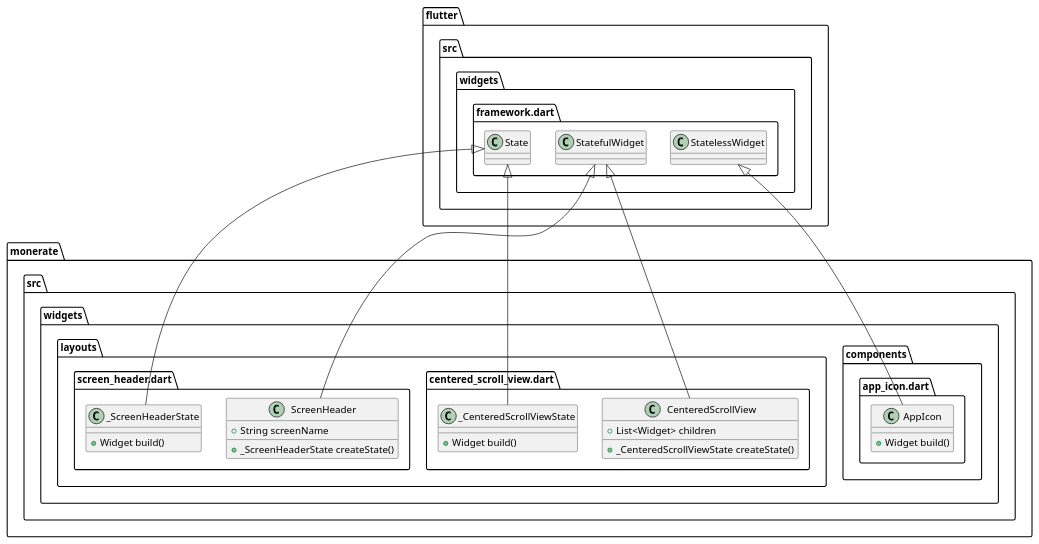
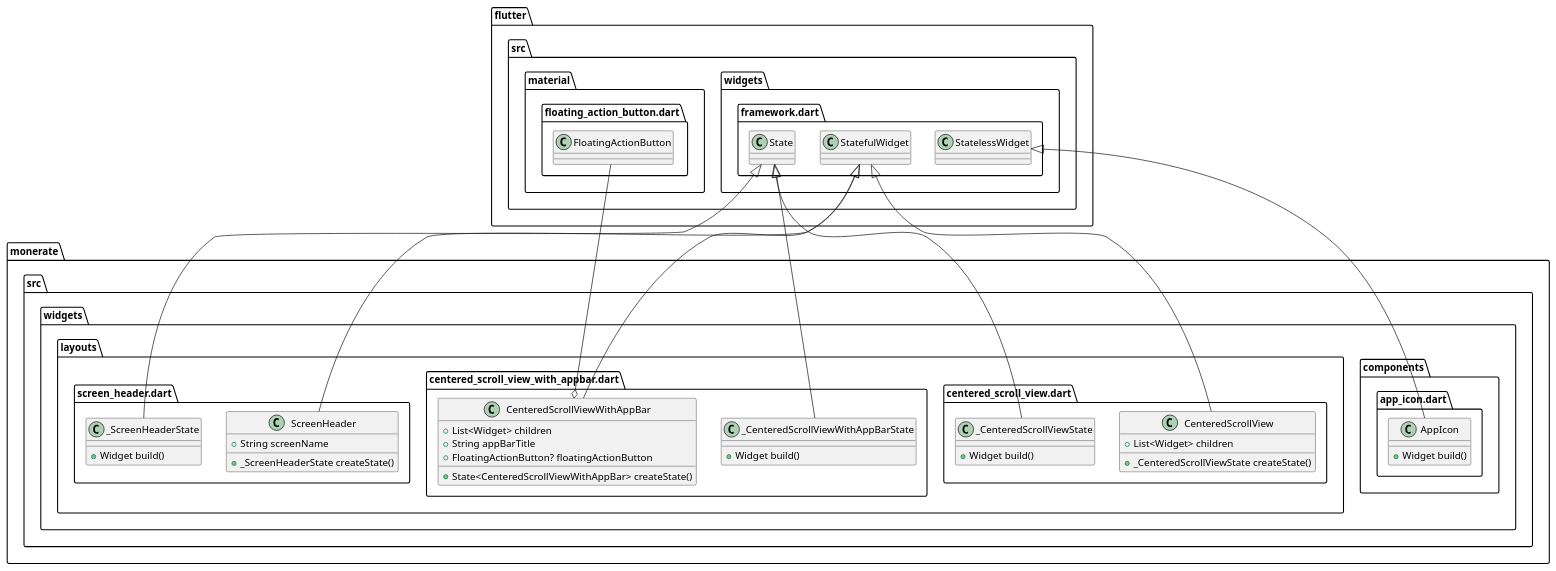
The diagram in uml/widgets.puml (k5924/Monerate), drawn with PlantUML before and after one commit. The commit also changed 8 other files, not shown here.

Commit message:
UML Diagrams

```diff
--- a/uml/widgets.puml
+++ b/uml/widgets.puml
@@ -1,37 +1,53 @@
 @startuml
 set namespaceSeparator ::
 
 class "monerate::src::widgets::components::app_icon.dart::AppIcon" {
   +Widget build()
 }
 
 "flutter::src::widgets::framework.dart::StatelessWidget" <|-- "monerate::src::widgets::components::app_icon.dart::AppIcon"
 
 class "monerate::src::widgets::layouts::centered_scroll_view.dart::CenteredScrollView" {
   +List<Widget> children
   +_CenteredScrollViewState createState()
 }
 
 "flutter::src::widgets::framework.dart::StatefulWidget" <|-- "monerate::src::widgets::layouts::centered_scroll_view.dart::CenteredScrollView"
 
 class "monerate::src::widgets::layouts::centered_scroll_view.dart::_CenteredScrollViewState" {
   +Widget build()
 }
 
 "flutter::src::widgets::framework.dart::State" <|-- "monerate::src::widgets::layouts::centered_scroll_view.dart::_CenteredScrollViewState"
 
+class "monerate::src::widgets::layouts::centered_scroll_view_with_appbar.dart::CenteredScrollViewWithAppBar" {
+  +List<Widget> children
+  +String appBarTitle
+  +FloatingActionButton? floatingActionButton
+  +State<CenteredScrollViewWithAppBar> createState()
+}
+
+"monerate::src::widgets::layouts::centered_scroll_view_with_appbar.dart::CenteredScrollViewWithAppBar" o-- "flutter::src::material::floating_action_button.dart::FloatingActionButton"
+"flutter::src::widgets::framework.dart::StatefulWidget" <|-- "monerate::src::widgets::layouts::centered_scroll_view_with_appbar.dart::CenteredScrollViewWithAppBar"
+
+class "monerate::src::widgets::layouts::centered_scroll_view_with_appbar.dart::_CenteredScrollViewWithAppBarState" {
+  +Widget build()
+}
+
+"flutter::src::widgets::framework.dart::State" <|-- "monerate::src::widgets::layouts::centered_scroll_view_with_appbar.dart::_CenteredScrollViewWithAppBarState"
+
 class "monerate::src::widgets::layouts::screen_header.dart::ScreenHeader" {
   +String screenName
   +_ScreenHeaderState createState()
 }
 
 "flutter::src::widgets::framework.dart::StatefulWidget" <|-- "monerate::src::widgets::layouts::screen_header.dart::ScreenHeader"
 
 class "monerate::src::widgets::layouts::screen_header.dart::_ScreenHeaderState" {
   +Widget build()
 }
 
 "flutter::src::widgets::framework.dart::State" <|-- "monerate::src::widgets::layouts::screen_header.dart::_ScreenHeaderState"
 
 
 @enduml
```
